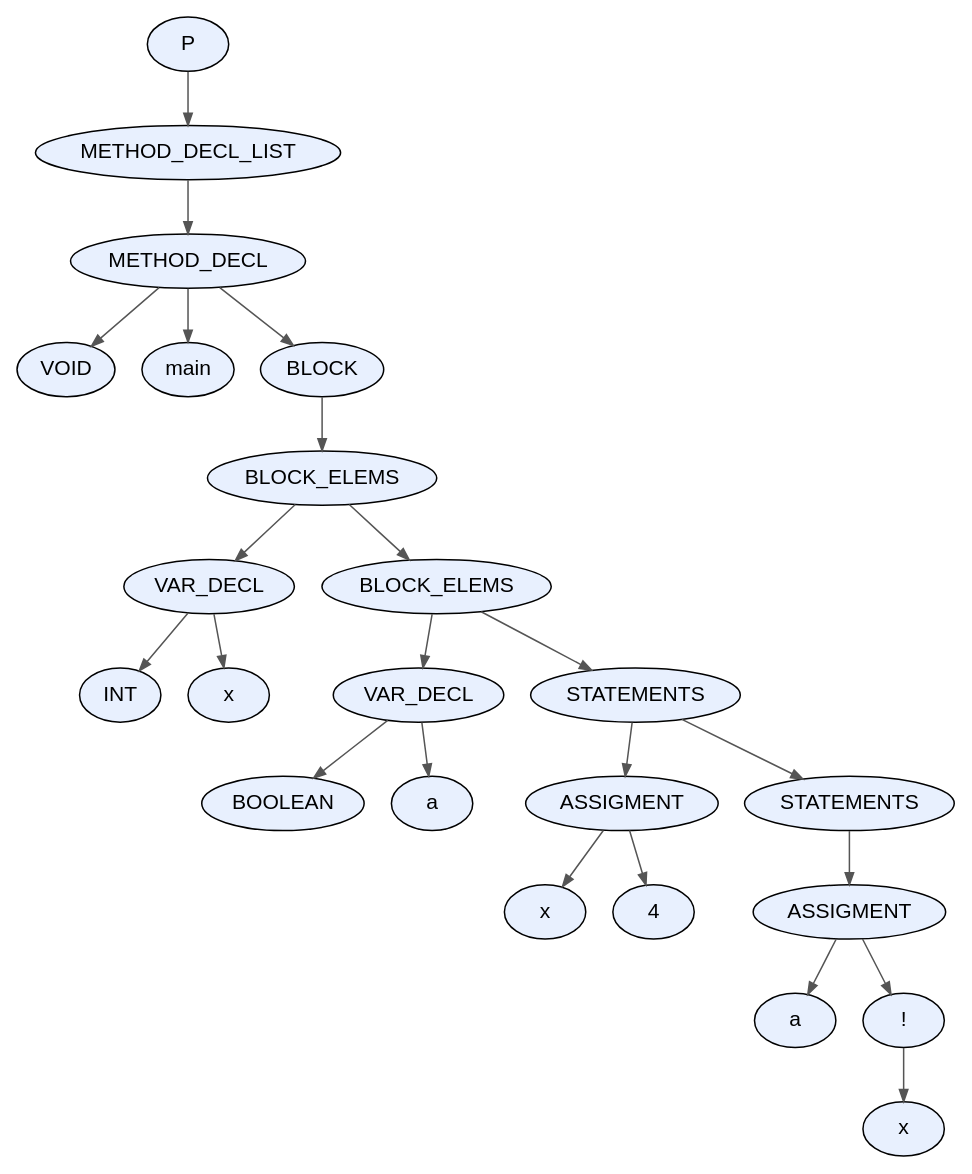
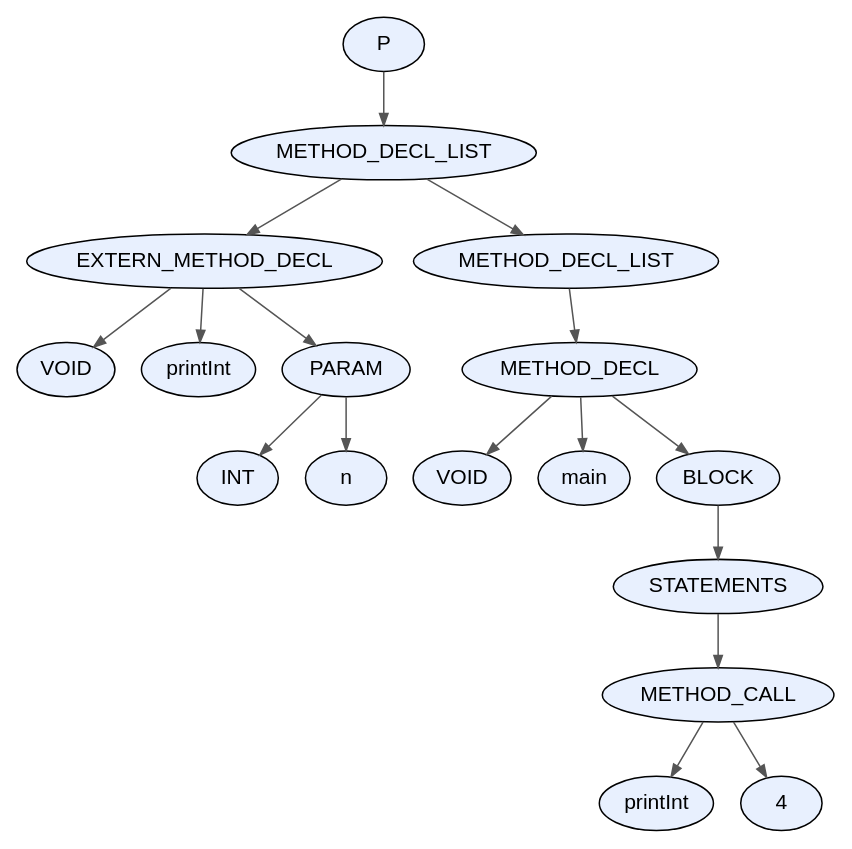
One commit to facundo-dario-loser/TDS2026 changed the diagram in proyecto/dot_files/test38.dot. Above: the diagram before and after it, drawn with Graphviz. The commit also changed 19 other files, not shown here.

```diff
--- a/proyecto/dot_files/test38.dot
+++ b/proyecto/dot_files/test38.dot
@@ -1,49 +1,37 @@
 digraph AST {
   node [fontname="Arial"];
   edge [arrowsize=0.8, color="#555555"];
-  "node_0x5a32bb3fd180" [label="P", style=filled, fillcolor="#E8F0FE", shape=ellipse, style="rounded,filled"];
-  "node_0x5a32bb3fd180" -> "node_0x5a32bb3fd130";
-  "node_0x5a32bb3fd130" [label="METHOD_DECL_LIST", style=filled, fillcolor="#E8F0FE", shape=ellipse, style="rounded,filled"];
-  "node_0x5a32bb3fd130" -> "node_0x5a32bb3fd0e0";
-  "node_0x5a32bb3fd0e0" [label="METHOD_DECL", style=filled, fillcolor="#E8F0FE", shape=ellipse, style="rounded,filled"];
-  "node_0x5a32bb3fd0e0" -> "node_0x5a32bb3fd020";
-  "node_0x5a32bb3fd020" [label="VOID", style=filled, fillcolor="#E8F0FE", shape=ellipse, style="rounded,filled"];
-  "node_0x5a32bb3fd0e0" -> "node_0x5a32bb3fd070";
-  "node_0x5a32bb3fd070" [label="main", style=filled, fillcolor="#E8F0FE", shape=ellipse, style="rounded,filled"];
-  "node_0x5a32bb3fd0e0" -> "node_0x5a32bb3fcfd0";
-  "node_0x5a32bb3fcfd0" [label="BLOCK", style=filled, fillcolor="#E8F0FE", shape=ellipse, style="rounded,filled"];
-  "node_0x5a32bb3fcfd0" -> "node_0x5a32bb3fcf80";
-  "node_0x5a32bb3fcf80" [label="BLOCK_ELEMS", style=filled, fillcolor="#E8F0FE", shape=ellipse, style="rounded,filled"];
-  "node_0x5a32bb3fcf80" -> "node_0x5a32bb3fca20";
-  "node_0x5a32bb3fca20" [label="VAR_DECL", style=filled, fillcolor="#E8F0FE", shape=ellipse, style="rounded,filled"];
-  "node_0x5a32bb3fca20" -> "node_0x5a32bb3fc940";
-  "node_0x5a32bb3fc940" [label="INT", style=filled, fillcolor="#E8F0FE", shape=ellipse, style="rounded,filled"];
-  "node_0x5a32bb3fca20" -> "node_0x5a32bb3fc9b0";
-  "node_0x5a32bb3fc9b0" [label="x", style=filled, fillcolor="#E8F0FE", shape=ellipse, style="rounded,filled"];
-  "node_0x5a32bb3fcf80" -> "node_0x5a32bb3fcf30";
-  "node_0x5a32bb3fcf30" [label="BLOCK_ELEMS", style=filled, fillcolor="#E8F0FE", shape=ellipse, style="rounded,filled"];
-  "node_0x5a32bb3fcf30" -> "node_0x5a32bb3fcb50";
-  "node_0x5a32bb3fcb50" [label="VAR_DECL", style=filled, fillcolor="#E8F0FE", shape=ellipse, style="rounded,filled"];
-  "node_0x5a32bb3fcb50" -> "node_0x5a32bb3fca70";
-  "node_0x5a32bb3fca70" [label="BOOLEAN", style=filled, fillcolor="#E8F0FE", shape=ellipse, style="rounded,filled"];
-  "node_0x5a32bb3fcb50" -> "node_0x5a32bb3fcae0";
-  "node_0x5a32bb3fcae0" [label="a", style=filled, fillcolor="#E8F0FE", shape=ellipse, style="rounded,filled"];
-  "node_0x5a32bb3fcf30" -> "node_0x5a32bb3fcee0";
-  "node_0x5a32bb3fcee0" [label="STATEMENTS", style=filled, fillcolor="#E8F0FE", shape=ellipse, style="rounded,filled"];
-  "node_0x5a32bb3fcee0" -> "node_0x5a32bb3fcc80";
-  "node_0x5a32bb3fcc80" [label="ASSIGMENT", style=filled, fillcolor="#E8F0FE", shape=ellipse, style="rounded,filled"];
-  "node_0x5a32bb3fcc80" -> "node_0x5a32bb3fcc10";
-  "node_0x5a32bb3fcc10" [label="x", style=filled, fillcolor="#E8F0FE", shape=ellipse, style="rounded,filled"];
-  "node_0x5a32bb3fcc80" -> "node_0x5a32bb3fcbc0";
-  "node_0x5a32bb3fcbc0" [label="4", style=filled, fillcolor="#E8F0FE", shape=ellipse, style="rounded,filled"];
-  "node_0x5a32bb3fcee0" -> "node_0x5a32bb3fce90";
-  "node_0x5a32bb3fce90" [label="STATEMENTS", style=filled, fillcolor="#E8F0FE", shape=ellipse, style="rounded,filled"];
-  "node_0x5a32bb3fce90" -> "node_0x5a32bb3fce40";
-  "node_0x5a32bb3fce40" [label="ASSIGMENT", style=filled, fillcolor="#E8F0FE", shape=ellipse, style="rounded,filled"];
-  "node_0x5a32bb3fce40" -> "node_0x5a32bb3fcdd0";
-  "node_0x5a32bb3fcdd0" [label="a", style=filled, fillcolor="#E8F0FE", shape=ellipse, style="rounded,filled"];
-  "node_0x5a32bb3fce40" -> "node_0x5a32bb3fcd80";
-  "node_0x5a32bb3fcd80" [label="!", style=filled, fillcolor="#E8F0FE", shape=ellipse, style="rounded,filled"];
-  "node_0x5a32bb3fcd80" -> "node_0x5a32bb3fcd10";
-  "node_0x5a32bb3fcd10" [label="x", style=filled, fillcolor="#E8F0FE", shape=ellipse, style="rounded,filled"];
+  "node_0x5f810df78f20" [label="P", style=filled, fillcolor="#E8F0FE", shape=ellipse, style="rounded,filled"];
+  "node_0x5f810df78f20" -> "node_0x5f810df78ed0";
+  "node_0x5f810df78ed0" [label="METHOD_DECL_LIST", style=filled, fillcolor="#E8F0FE", shape=ellipse, style="rounded,filled"];
+  "node_0x5f810df78ed0" -> "node_0x5f810df78b30";
+  "node_0x5f810df78b30" [label="EXTERN_METHOD_DECL", style=filled, fillcolor="#E8F0FE", shape=ellipse, style="rounded,filled"];
+  "node_0x5f810df78b30" -> "node_0x5f810df78a70";
+  "node_0x5f810df78a70" [label="VOID", style=filled, fillcolor="#E8F0FE", shape=ellipse, style="rounded,filled"];
+  "node_0x5f810df78b30" -> "node_0x5f810df78ac0";
+  "node_0x5f810df78ac0" [label="printInt", style=filled, fillcolor="#E8F0FE", shape=ellipse, style="rounded,filled"];
+  "node_0x5f810df78b30" -> "node_0x5f810df78a20";
+  "node_0x5f810df78a20" [label="PARAM", style=filled, fillcolor="#E8F0FE", shape=ellipse, style="rounded,filled"];
+  "node_0x5f810df78a20" -> "node_0x5f810df78940";
+  "node_0x5f810df78940" [label="INT", style=filled, fillcolor="#E8F0FE", shape=ellipse, style="rounded,filled"];
+  "node_0x5f810df78a20" -> "node_0x5f810df789b0";
+  "node_0x5f810df789b0" [label="n", style=filled, fillcolor="#E8F0FE", shape=ellipse, style="rounded,filled"];
+  "node_0x5f810df78ed0" -> "node_0x5f810df78e80";
+  "node_0x5f810df78e80" [label="METHOD_DECL_LIST", style=filled, fillcolor="#E8F0FE", shape=ellipse, style="rounded,filled"];
+  "node_0x5f810df78e80" -> "node_0x5f810df78e30";
+  "node_0x5f810df78e30" [label="METHOD_DECL", style=filled, fillcolor="#E8F0FE", shape=ellipse, style="rounded,filled"];
+  "node_0x5f810df78e30" -> "node_0x5f810df78d70";
+  "node_0x5f810df78d70" [label="VOID", style=filled, fillcolor="#E8F0FE", shape=ellipse, style="rounded,filled"];
+  "node_0x5f810df78e30" -> "node_0x5f810df78dc0";
+  "node_0x5f810df78dc0" [label="main", style=filled, fillcolor="#E8F0FE", shape=ellipse, style="rounded,filled"];
+  "node_0x5f810df78e30" -> "node_0x5f810df78d20";
+  "node_0x5f810df78d20" [label="BLOCK", style=filled, fillcolor="#E8F0FE", shape=ellipse, style="rounded,filled"];
+  "node_0x5f810df78d20" -> "node_0x5f810df78cd0";
+  "node_0x5f810df78cd0" [label="STATEMENTS", style=filled, fillcolor="#E8F0FE", shape=ellipse, style="rounded,filled"];
+  "node_0x5f810df78cd0" -> "node_0x5f810df78c80";
+  "node_0x5f810df78c80" [label="METHOD_CALL", style=filled, fillcolor="#E8F0FE", shape=ellipse, style="rounded,filled"];
+  "node_0x5f810df78c80" -> "node_0x5f810df78c10";
+  "node_0x5f810df78c10" [label="printInt", style=filled, fillcolor="#E8F0FE", shape=ellipse, style="rounded,filled"];
+  "node_0x5f810df78c80" -> "node_0x5f810df78bc0";
+  "node_0x5f810df78bc0" [label="4", style=filled, fillcolor="#E8F0FE", shape=ellipse, style="rounded,filled"];
 }
```
